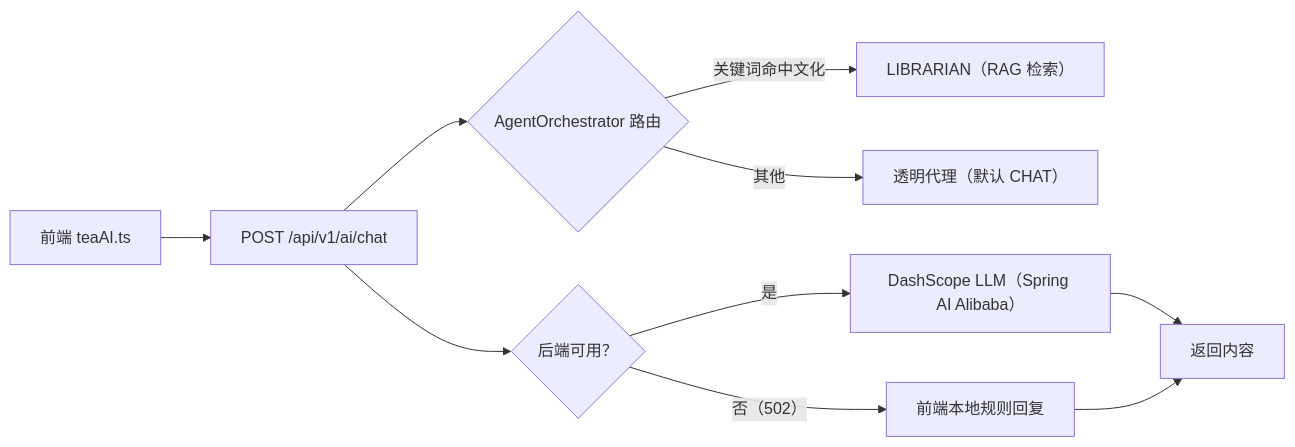
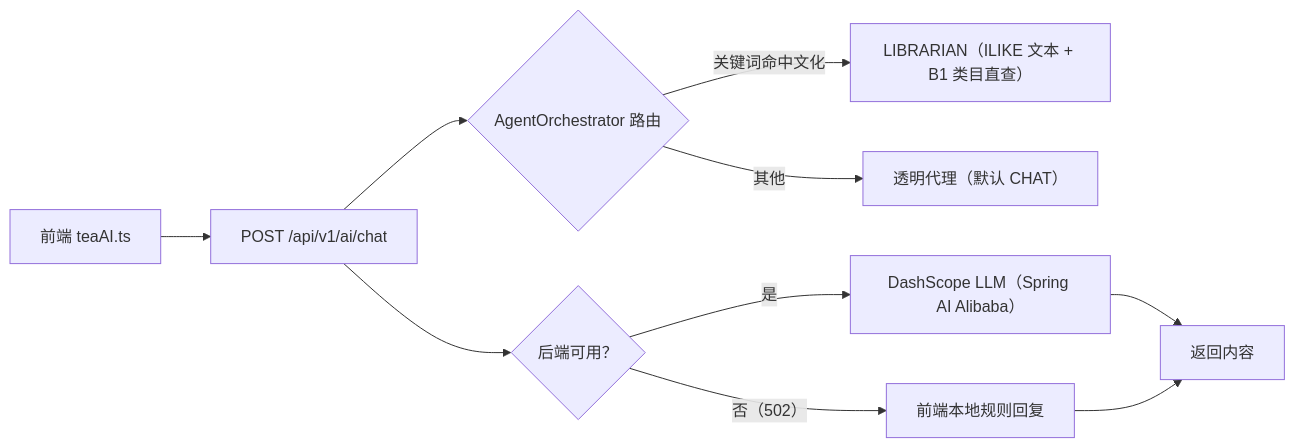
Before and after one commit to qiuqianyi66/tea-ceremony: the fourth of 4 diagrams in docs/architecture/system-overview.md, drawn with Mermaid. The commit also changed other lines of this file and 4 other files, not shown here.

````diff
--- a/docs/architecture/system-overview.md
+++ b/docs/architecture/system-overview.md
@@ -106,13 +106,13 @@
 ```mermaid
 flowchart LR
     A["前端 teaAI.ts"] --> B["POST /api/v1/ai/chat"]
     B --> C{"AgentOrchestrator 路由"}
-    C -- 关键词命中文化 --> D["LIBRARIAN（RAG 检索）"]
+    C -- 关键词命中文化 --> D["LIBRARIAN（ILIKE 文本 + B1 类目直查）"]
     C -- 其他 --> E["透明代理（默认 CHAT）"]
     F{"后端可用？"}
     B --> F
     F -- 是 --> G["DashScope LLM（Spring AI Alibaba）"]
     F -- 否（502） --> H["前端本地规则回复"]
     G --> I["返回内容"]
     H --> I
 ```
````
